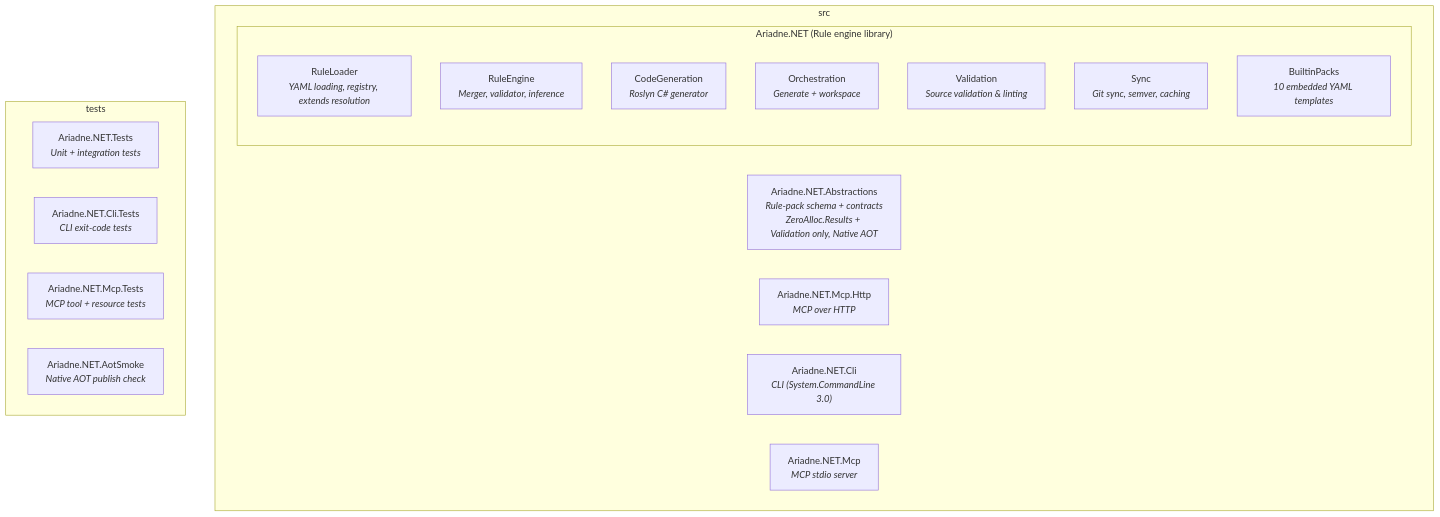
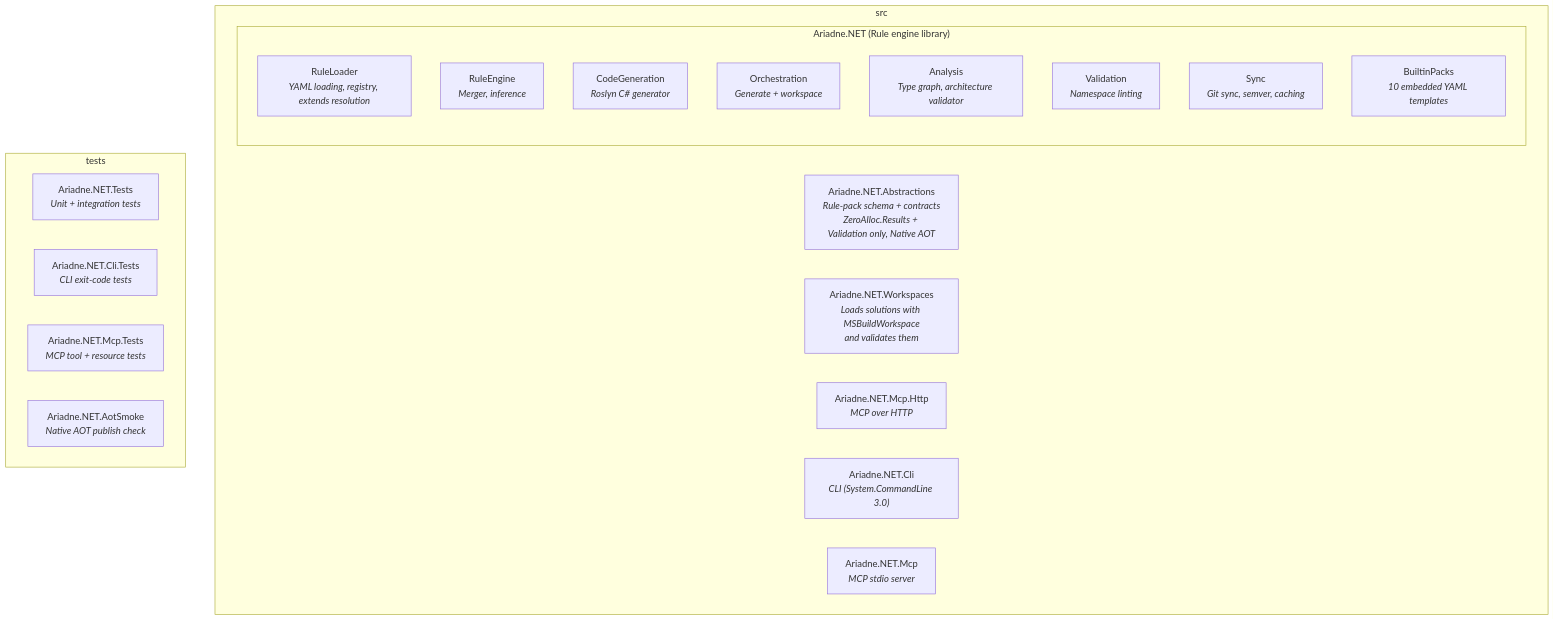
Before and after one commit to MarcelRoozekrans/Ariadne.NET: the first of 4 diagrams in docs-site/docs/how-it-works/02-architecture.md, drawn with Mermaid. The commit also changed other lines of this file and 11 other files, not shown here.

First line of the commit message:
docs: describe semantic validation and Ariadne.NET.Workspaces

````diff
--- a/docs-site/docs/how-it-works/02-architecture.md
+++ b/docs-site/docs/how-it-works/02-architecture.md
@@ -9,25 +9,27 @@
 ```mermaid
 graph TD
     subgraph src
         Abstractions["Ariadne.NET.Abstractions<br/><i>Rule-pack schema + contracts<br/>ZeroAlloc.Results + Validation only, Native AOT</i>"]
         subgraph Ariadne.NET["Ariadne.NET (Rule engine library)"]
             RuleLoader["RuleLoader<br/><i>YAML loading, registry, extends resolution</i>"]
-            RuleEngine["RuleEngine<br/><i>Merger, validator, inference</i>"]
+            RuleEngine["RuleEngine<br/><i>Merger, inference</i>"]
             CodeGeneration["CodeGeneration<br/><i>Roslyn C# generator</i>"]
             Orchestration["Orchestration<br/><i>Generate + workspace</i>"]
-            Validation["Validation<br/><i>Source validation & linting</i>"]
+            Analysis["Analysis<br/><i>Type graph, architecture validator</i>"]
+            Validation["Validation<br/><i>Namespace linting</i>"]
             Sync["Sync<br/><i>Git sync, semver, caching</i>"]
             BuiltinPacks["BuiltinPacks<br/><i>10 embedded YAML templates</i>"]
         end
+        Workspaces["Ariadne.NET.Workspaces<br/><i>Loads solutions with MSBuildWorkspace<br/>and validates them</i>"]
         HostApi["Ariadne.NET.Mcp.Http<br/><i>MCP over HTTP</i>"]
         HostCli["Ariadne.NET.Cli<br/><i>CLI (System.CommandLine 3.0)</i>"]
         HostMcp["Ariadne.NET.Mcp<br/><i>MCP stdio server</i>"]
     end
 
     subgraph tests
         CoreTests["Ariadne.NET.Tests<br/><i>Unit + integration tests</i>"]
         CliTests["Ariadne.NET.Cli.Tests<br/><i>CLI exit-code tests</i>"]
         McpTests["Ariadne.NET.Mcp.Tests<br/><i>MCP tool + resource tests</i>"]
         AotSmoke["Ariadne.NET.AotSmoke<br/><i>Native AOT publish check</i>"]
     end
 ```
````
